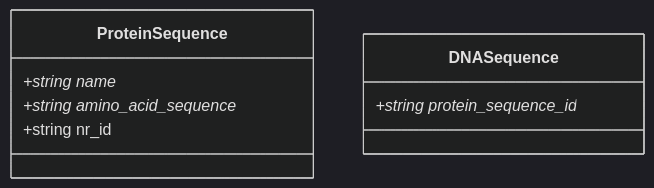
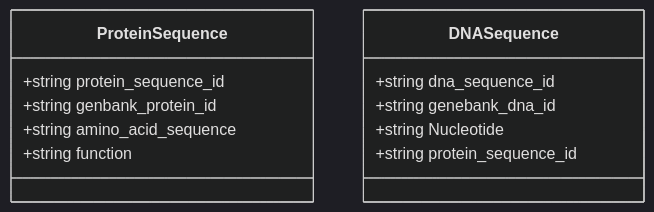
The diagram in PyEEDexample1/schemes/PyEED Data Model.md (maxim945/Database-present), drawn with Mermaid (dark theme) before and after one commit. The commit also changed 3 other files, not shown here.

````diff
--- a/PyEEDexample1/schemes/PyEED Data Model.md
+++ b/PyEEDexample1/schemes/PyEED Data Model.md
@@ -1,14 +1,18 @@
 ```mermaid
 classDiagram
     
     class ProteinSequence {
-        +string name*
-        +string amino_acid_sequence*
-        +string nr_id
+        +string protein_sequence_id
+        +string genbank_protein_id
+        +string amino_acid_sequence
+        +string function
     }
     
     class DNASequence {
-        +string protein_sequence_id*
+        +string dna_sequence_id
+        +string genebank_dna_id
+        +string Nucleotide
+        +string protein_sequence_id
     }
     
 ```
````
